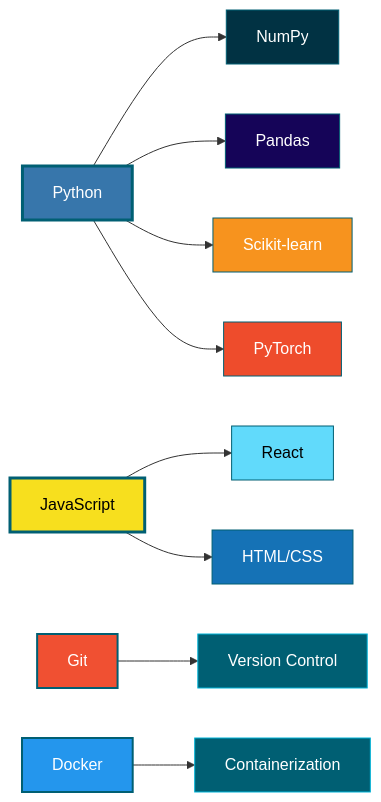
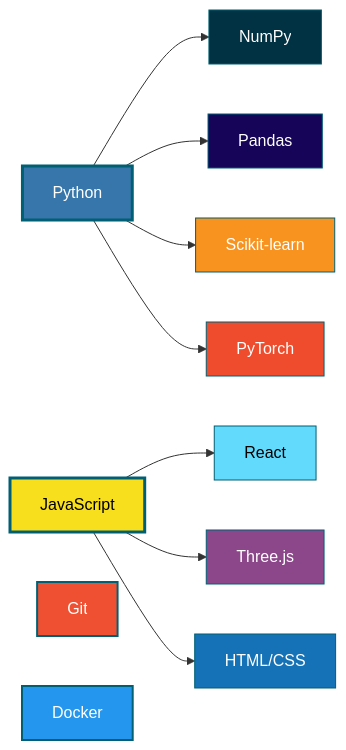
The diagram in README.md (Thedarkiin/Thedarkiin), drawn with Mermaid before and after one commit. The commit also changed other lines of this file, not shown here.

````diff
--- a/README.md
+++ b/README.md
@@ -57,26 +57,26 @@
 ```mermaid
 graph LR
     A["Python"] --> B["NumPy"]
     A --> C["Pandas"]
     A --> D["Scikit-learn"]
     A --> E["PyTorch"]
     
     F["JavaScript"] --> G["React"]
-    F --> H["HTML/CSS"]
+    F --> H["Three.js"]
+    F --> I["HTML/CSS"]
     
-    I["Git"] --> J["Version Control"]
-    K["Docker"] --> L["Containerization"]
+    J["Git"]
+    K["Docker"]
     
     style A fill:#3776AB,stroke:#005f73,color:#fff,stroke-width:3px
     style B fill:#013243,stroke:#005f73,color:#fff
     style C fill:#150458,stroke:#005f73,color:#fff
     style D fill:#F7931E,stroke:#005f73,color:#fff
     style E fill:#EE4C2C,stroke:#005f73,color:#fff
     style F fill:#F7DF1E,stroke:#005f73,color:#000,stroke-width:3px
     style G fill:#61DAFB,stroke:#005f73,color:#000
-    style H fill:#1572B6,stroke:#005f73,color:#fff
-    style I fill:#F05032,stroke:#005f73,color:#fff,stroke-width:2px
+    style H fill:#8B4789,stroke:#005f73,color:#fff
+    style I fill:#1572B6,stroke:#005f73,color:#fff
+    style J fill:#F05032,stroke:#005f73,color:#fff,stroke-width:2px
     style K fill:#2496ED,stroke:#005f73,color:#fff,stroke-width:2px
-    style J fill:#005f73,stroke:#00B4D8,color:#fff
-    style L fill:#005f73,stroke:#00B4D8,color:#fff
 ```
````
